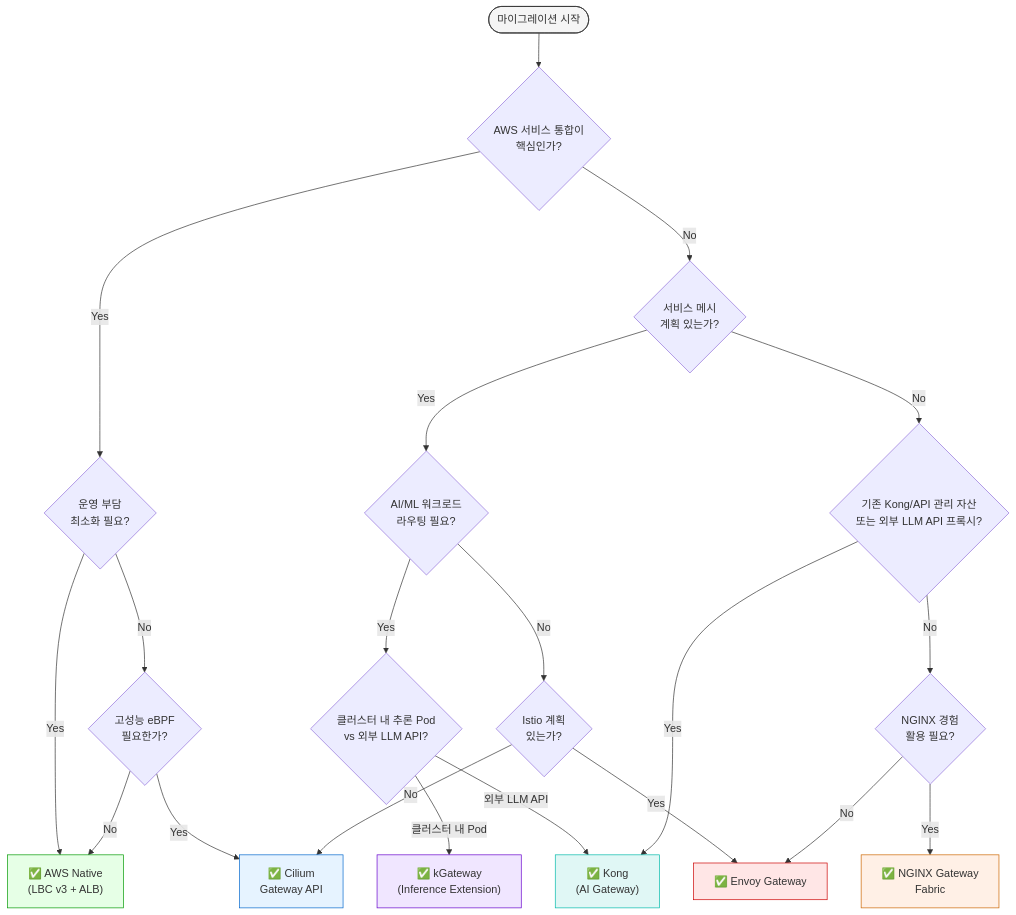
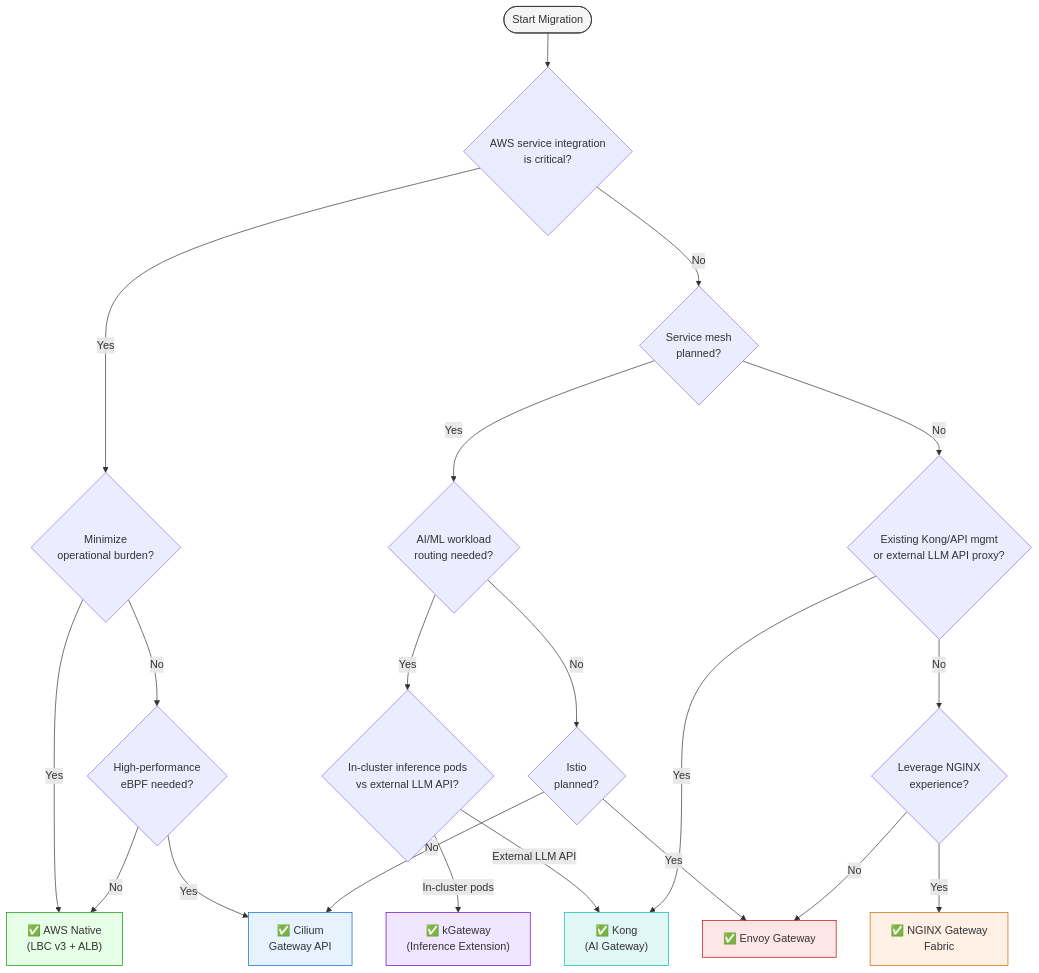
Before and after one commit to devfloor9/engineering-playbook: the seventh of 7 diagrams in docs/eks-best-practices/networking-performance/gateway-api-adoption-guide/index.md, drawn with Mermaid. The commit also changed other lines of this file and 954 other files, not shown here.

````diff
--- a/docs/eks-best-practices/networking-performance/gateway-api-adoption-guide/index.md
+++ b/docs/eks-best-practices/networking-performance/gateway-api-adoption-guide/index.md
@@ -778,39 +777,39 @@
 ```mermaid
 flowchart TD
-    start([마이그레이션 시작]) --> q1{AWS 서비스 통합이<br/>핵심인가?}
+    start([Start Migration]) --> q1{AWS service integration<br/>is critical?}
 
-    q1 -->|Yes| q2{운영 부담<br/>최소화 필요?}
-    q1 -->|No| q3{서비스 메시<br/>계획 있는가?}
+    q1 -->|Yes| q2{Minimize<br/>operational burden?}
+    q1 -->|No| q3{Service mesh<br/>planned?}
 
     q2 -->|Yes| aws["✅ AWS Native<br/>(LBC v3 + ALB)"]
-    q2 -->|No| q4{고성능 eBPF<br/>필요한가?}
+    q2 -->|No| q4{High-performance<br/>eBPF needed?}
 
     q4 -->|Yes| cilium["✅ Cilium<br/>Gateway API"]
     q4 -->|No| aws
 
-    q3 -->|Yes| q5{AI/ML 워크로드<br/>라우팅 필요?}
-    q3 -->|No| q8{기존 Kong/API 관리 자산<br/>또는 외부 LLM API 프록시?}
+    q3 -->|Yes| q5{AI/ML workload<br/>routing needed?}
+    q3 -->|No| q8{Existing Kong/API mgmt<br/>or external LLM API proxy?}
 
-    q5 -->|Yes| q5a{클러스터 내 추론 Pod<br/>vs 외부 LLM API?}
-    q5 -->|No| q7{Istio 계획<br/>있는가?}
+    q5 -->|Yes| q5a{In-cluster inference pods<br/>vs external LLM API?}
+    q5 -->|No| q7{Istio<br/>planned?}
 
-    q5a -->|"클러스터 내 Pod"| kgw["✅ kGateway<br/>(Inference Extension)"]
-    q5a -->|"외부 LLM API"| kong["✅ Kong<br/>(AI Gateway)"]
+    q5a -->|"In-cluster pods"| kgw["✅ kGateway<br/>(Inference Extension)"]
+    q5a -->|"External LLM API"| kong["✅ Kong<br/>(AI Gateway)"]
 
     q7 -->|Yes| envoy["✅ Envoy Gateway"]
     q7 -->|No| cilium
 
     q8 -->|Yes| kong
-    q8 -->|No| q6{NGINX 경험<br/>활용 필요?}
+    q8 -->|No| q6{Leverage NGINX<br/>experience?}
 
     q6 -->|Yes| nginx["✅ NGINX Gateway<br/>Fabric"]
     q6 -->|No| envoy
 
     style start fill:#f5f5f5,stroke:#333
     style aws fill:#e6ffe6,stroke:#009900
     style cilium fill:#e6f3ff,stroke:#0066cc
     style nginx fill:#fff0e6,stroke:#cc6600
     style envoy fill:#ffe6e6,stroke:#cc0000
     style kgw fill:#f0e6ff,stroke:#6600cc
     style kong fill:#e0f7f5,stroke:#00b9aa
 ```
````
